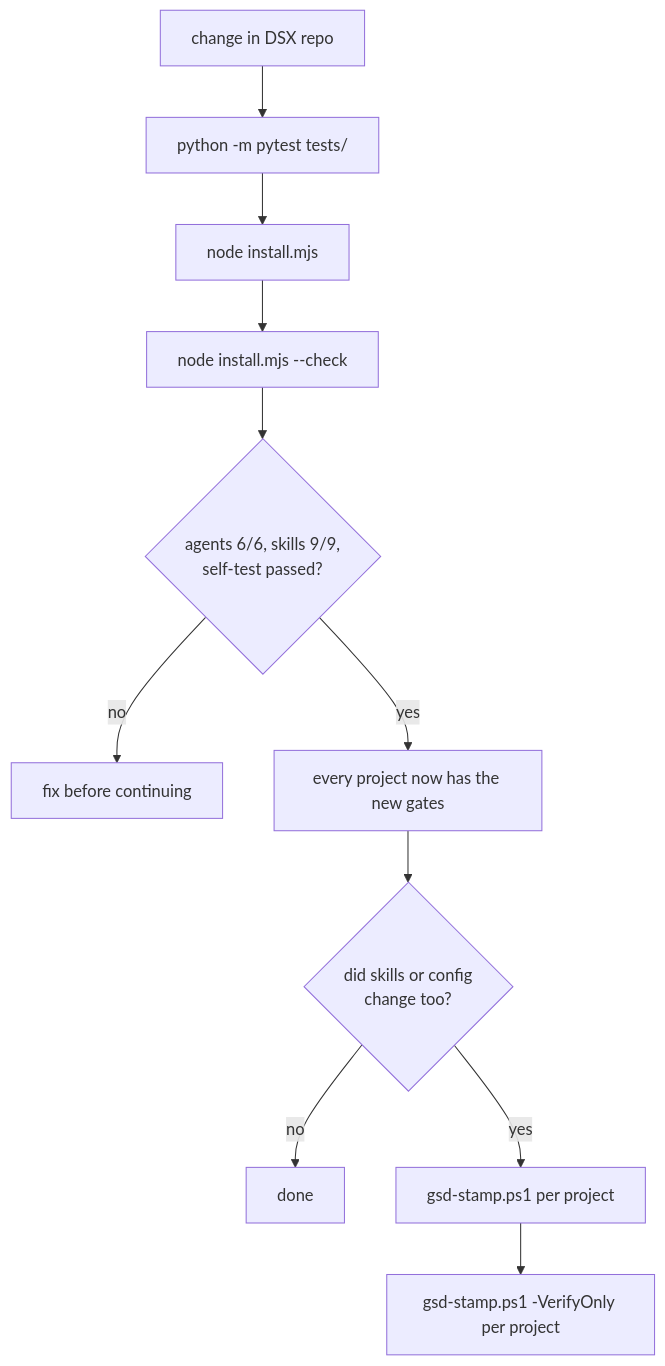
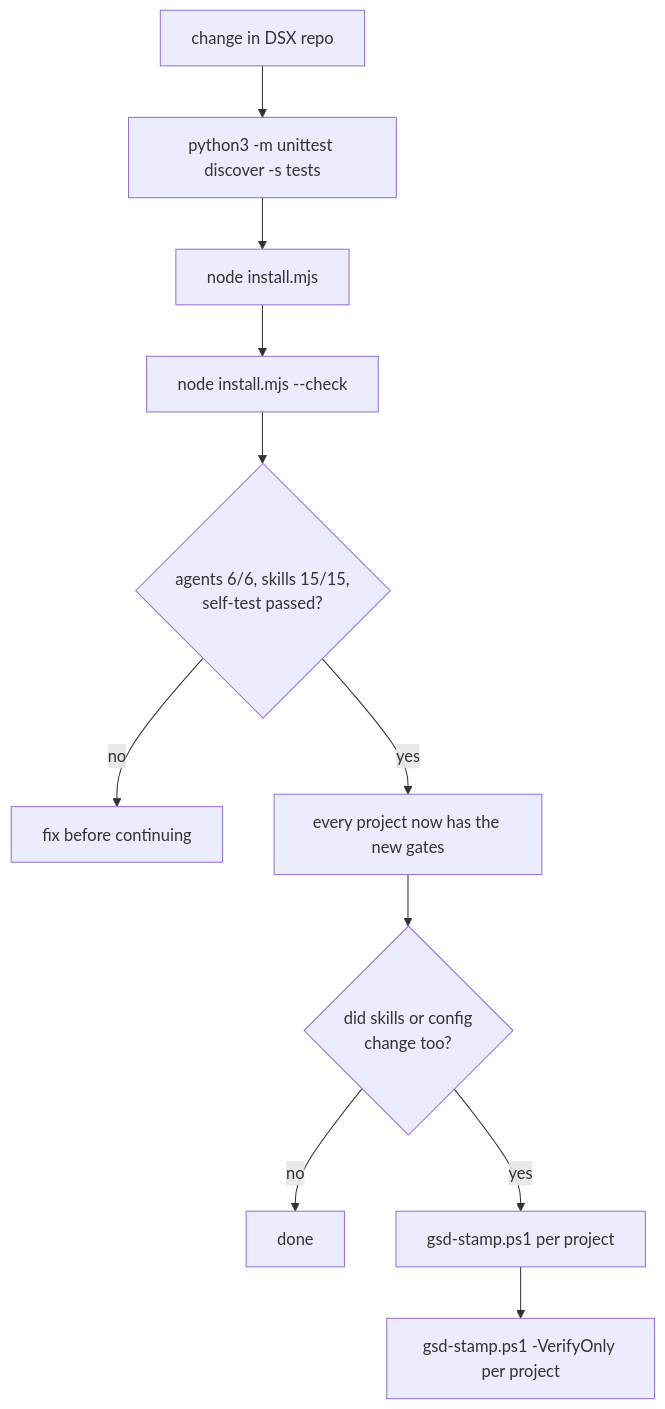
One commit to RafaelBraga-Kribitz/DSX changed the eighth of 9 diagrams in docs/operating-guide.md. Above: the diagram before and after it, drawn with Mermaid. The commit also changed other lines of this file and 113 other files, not shown here.

````diff
--- a/docs/operating-guide.md
+++ b/docs/operating-guide.md
@@ -267,13 +272,13 @@
 ```mermaid
 flowchart TD
-    A["change in DSX repo"] --> B["python -m pytest tests/"]
+    A["change in DSX repo"] --> B["python3 -m unittest discover -s tests"]
     B --> C["node install.mjs"]
     C --> D["node install.mjs --check"]
-    D --> E{"agents 6/6, skills 9/9,<br/>self-test passed?"}
+    D --> E{"agents 6/6, skills 15/15,<br/>self-test passed?"}
     E -- no --> F["fix before continuing"]
     E -- yes --> G["every project now has the new gates"]
     G --> H{"did skills or config<br/>change too?"}
     H -- no --> I["done"]
     H -- yes --> J["gsd-stamp.ps1 per project"]
     J --> K["gsd-stamp.ps1 -VerifyOnly per project"]
 ```
````
